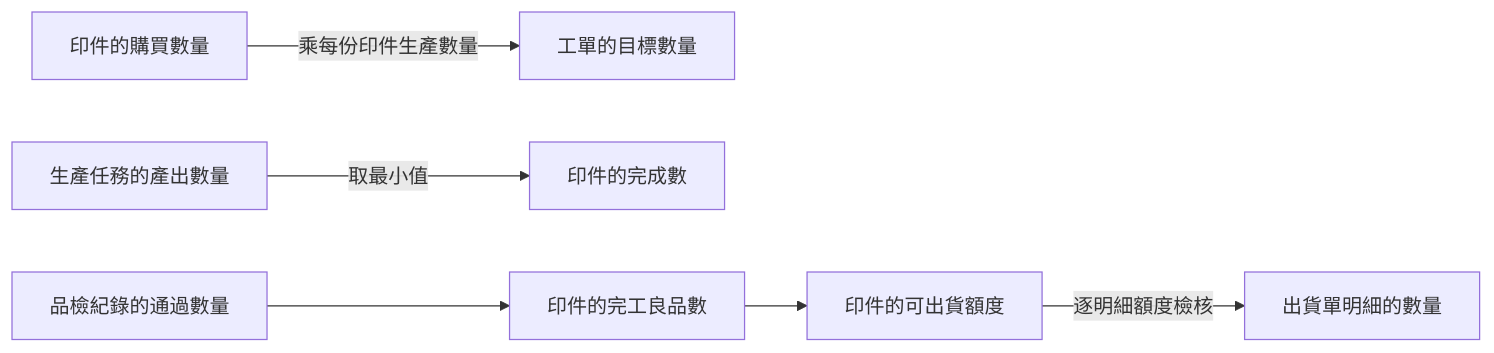
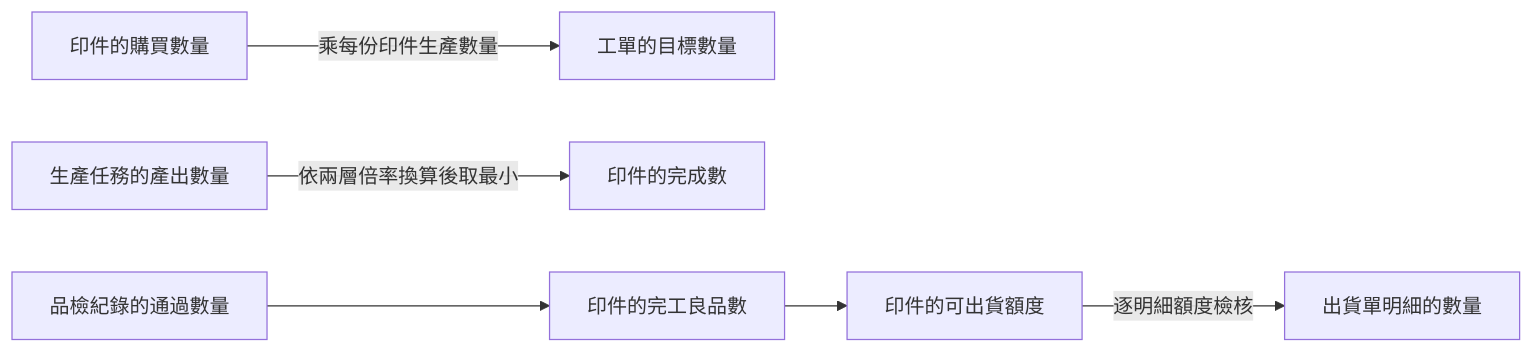
The fifth of 5 diagrams in memory/Sens_wiki/wiki/erp/05-entities/訂單領域資料結構總覽.md (Kawato-Miles/erp-spec), drawn with Mermaid before and after one commit. The commit also changed other lines of this file and 11 other files, not shown here.

````diff
--- a/memory/Sens_wiki/wiki/erp/05-entities/訂單領域資料結構總覽.md
+++ b/memory/Sens_wiki/wiki/erp/05-entities/訂單領域資料結構總覽.md
@@ -123,8 +124,8 @@
 ```mermaid
 flowchart LR
     C1["印件的購買數量"] -->|"乘每份印件生產數量"| C2["工單的目標數量"]
-    C3["生產任務的產出數量"] -->|"取最小值"| C4["印件的完成數"]
+    C3["生產任務的產出數量"] -->|"依兩層倍率換算後取最小"| C4["印件的完成數"]
     C5["品檢紀錄的通過數量"] --> C6["印件的完工良品數"]
     C6 --> C7["印件的可出貨額度"]
     C7 -->|"逐明細額度檢核"| C8["出貨單明細的數量"]
 ```
````
